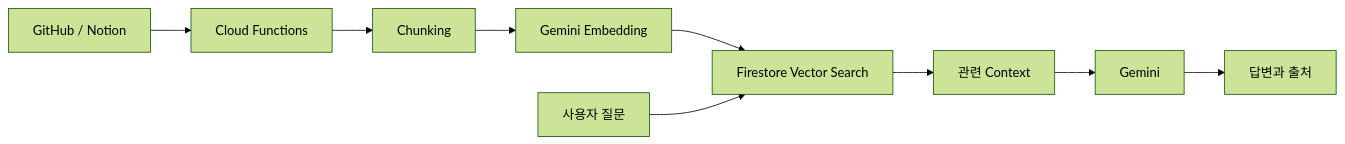
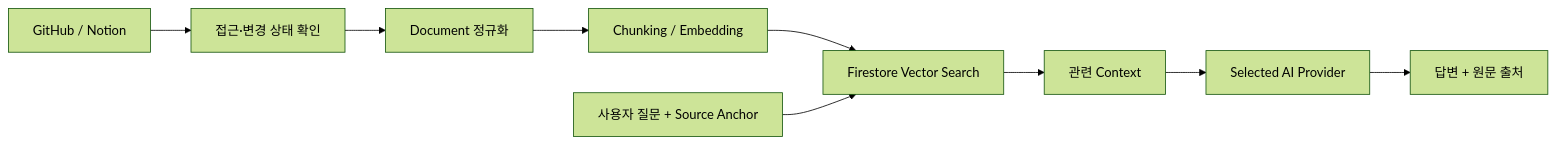
The second of 2 diagrams in README.md (b6star/RAGent), drawn with Mermaid (forest theme) before and after one commit. The commit also changed other lines of this file and 1 other file, not shown here.

````diff
--- a/README.md
+++ b/README.md
@@ -39,11 +60,11 @@
 ```mermaid
 flowchart LR
-    A["GitHub / Notion"] --> B["Cloud Functions"]
-    B --> C["Chunking"]
-    C --> D["Gemini Embedding"]
+    A["GitHub / Notion"] --> B["접근·변경 상태 확인"]
+    B --> C["Document 정규화"]
+    C --> D["Chunking / Embedding"]
     D --> E["Firestore Vector Search"]
-    F["사용자 질문"] --> E
+    F["사용자 질문 + Source Anchor"] --> E
     E --> G["관련 Context"]
-    G --> H["Gemini"]
-    H --> I["답변과 출처"]
+    G --> H["Selected AI Provider"]
+    H --> I["답변 + 원문 출처"]
 ```
````
